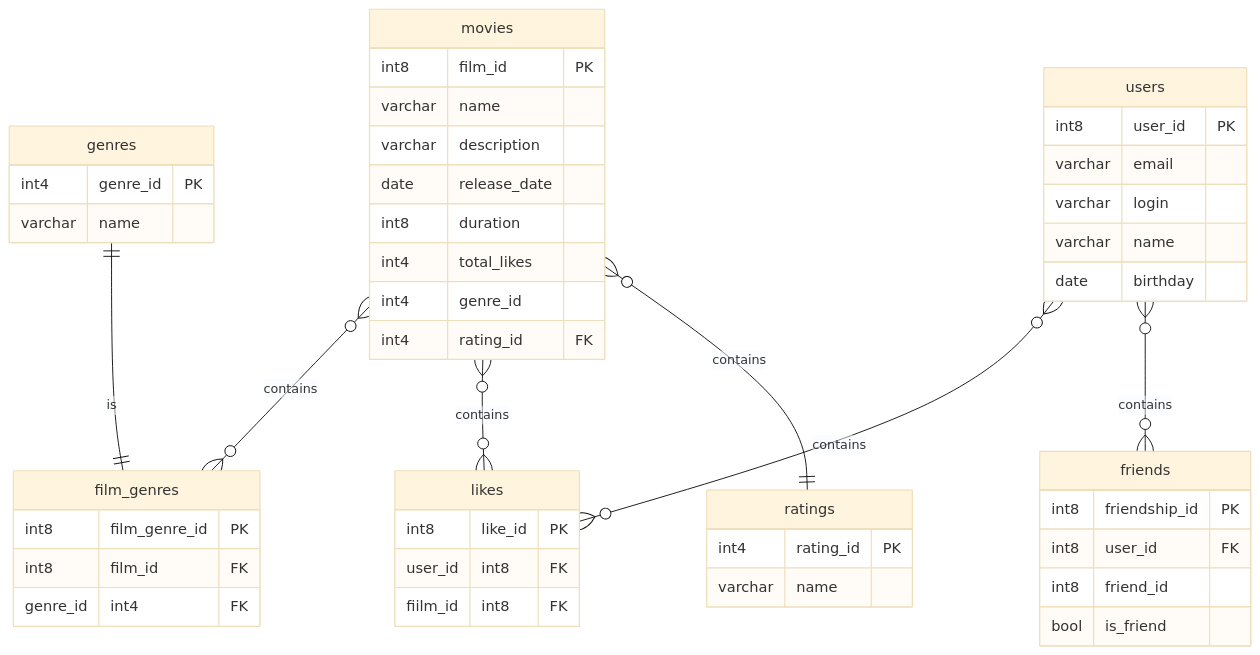
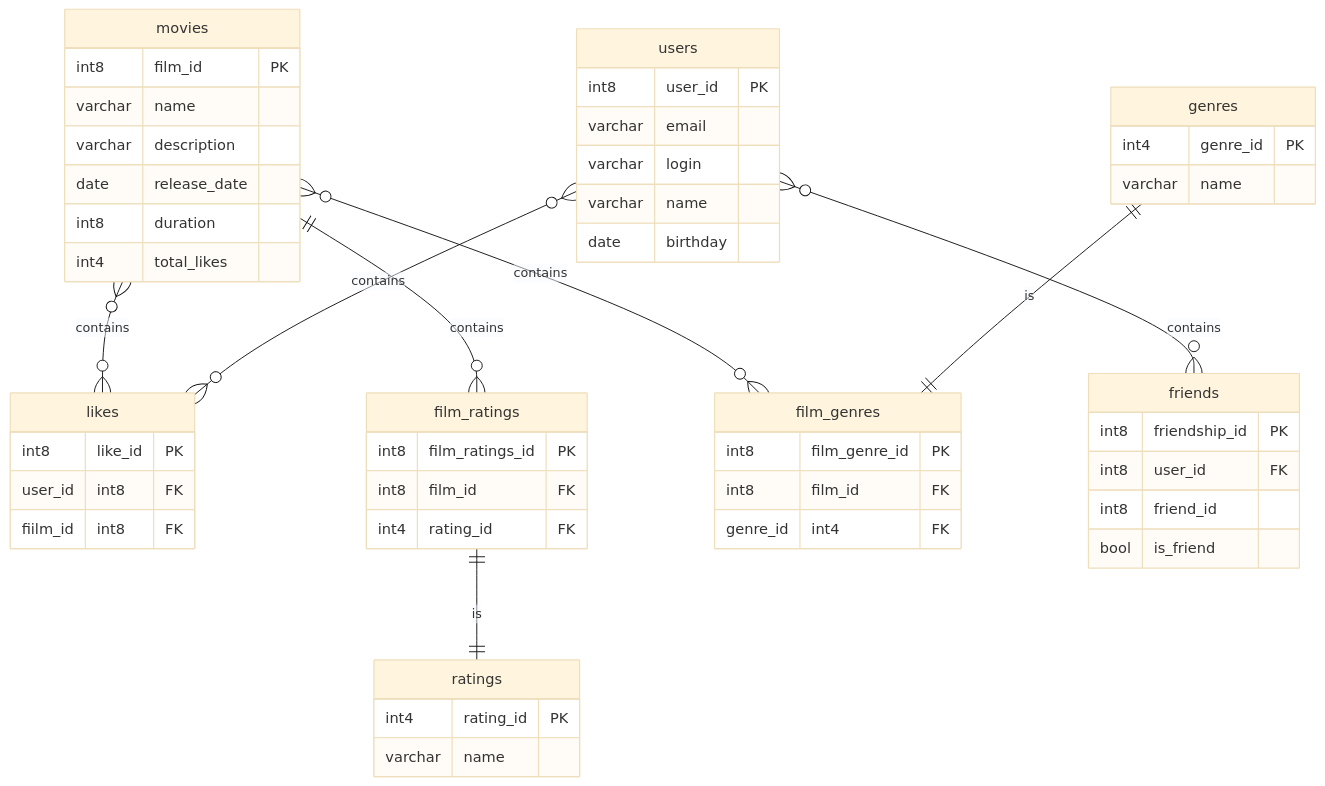
One commit to MikeKotal/java-filmorate changed the diagram in README.md. Above: the diagram before and after it, drawn with Mermaid (base theme). The commit also changed other lines of this file, not shown here.

Commit message:
fixed ER-diagram final

````diff
--- a/README.md
+++ b/README.md
@@ -9,57 +9,62 @@
 ```mermaid
 erDiagram
     movies {
         int8 film_id PK
         varchar name
         varchar description
         date release_date
         int8 duration
         int4 total_likes
-        int4 genre_id
-        int4 rating_id FK
     }
     
     likes {
         int8 like_id PK
         user_id int8 FK
         fiilm_id int8 FK
     }
     
     ratings {
         int4 rating_id PK
         varchar name
+    }
+
+    film_ratings {
+        int8 film_ratings_id PK
+        int8 film_id FK
+        int4 rating_id FK
     }
 
     film_genres {
         int8 film_genre_id PK
         int8 film_id FK
         genre_id int4 FK
     }
     
     genres {
         int4 genre_id PK
         varchar name
     }
     users {
         int8 user_id PK
         varchar email
         varchar login
         varchar name
         date birthday
     }
     
     friends {
         int8 friendship_id PK
         int8 user_id FK
         int8 friend_id
         bool is_friend
     }
     
-    genres||--||film_genres: is
+    genres||--||film_genres : is
     movies }o--o{ film_genres : contains
     users }o--o{ likes : contains
     movies }o--o{ likes : contains
-    movies }o--|| ratings : contains
+    movies ||--o{ film_ratings : contains
+    film_ratings ||--|| ratings : is
     users }o--o{ friends : contains
     
 ```
````
